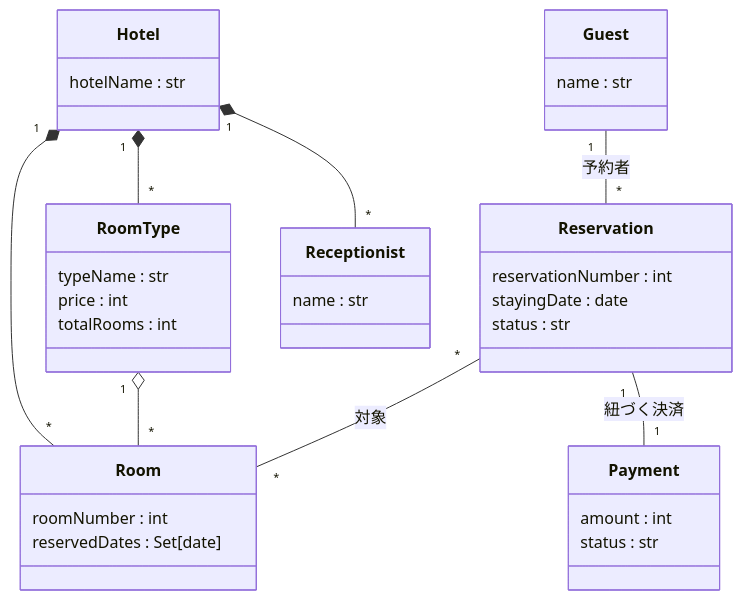
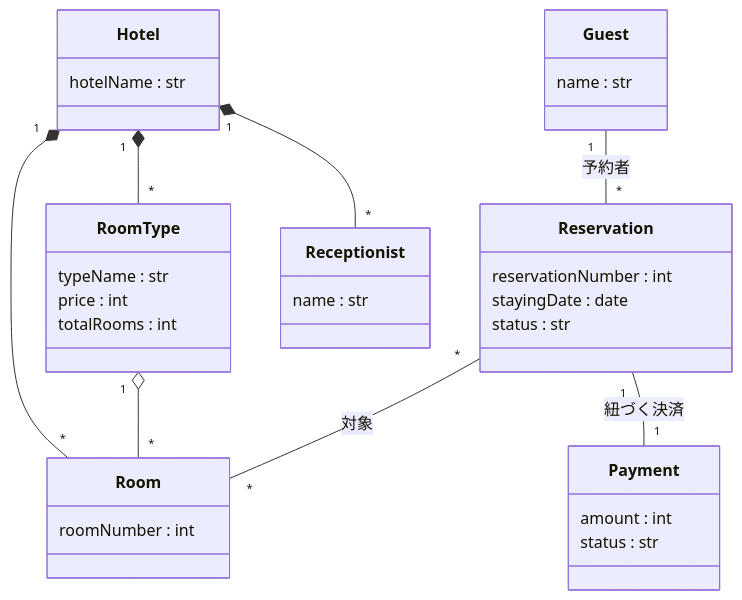
The first of 2 diagrams in Domain_Analysis.md (Kohki-tyl/HRS), drawn with Mermaid before and after one commit. The commit also changed other lines of this file, not shown here.

First line of the commit message:
Update Room class by removing reservedDates attribute

````diff
--- a/Domain_Analysis.md
+++ b/Domain_Analysis.md
@@ -20,37 +20,36 @@
 ```mermaid
 classDiagram
     class Guest {
         name : str
     }
     class Reservation {
         reservationNumber : int
         stayingDate : date
         status : str
     }
     class Hotel {
         hotelName : str
     }
     class RoomType {
         typeName : str
         price : int
         totalRooms : int
     }
     class Room {
         roomNumber : int
-        reservedDates : Set[date]
     }
     class Receptionist{
         name : str
     }
     class Payment {
         amount : int
         status : str
     }
     Hotel "1" *-- "*" RoomType : 
     Hotel "1" *-- "*" Room : 
     RoomType "1" o-- "*" Room : 
     Hotel "1" *-- "*" Receptionist : 
     Guest "1" -- "*" Reservation : 予約者
     Reservation "*" -- "*" Room : 対象
     Reservation "1" -- "1" Payment : 紐づく決済
 ```
````
